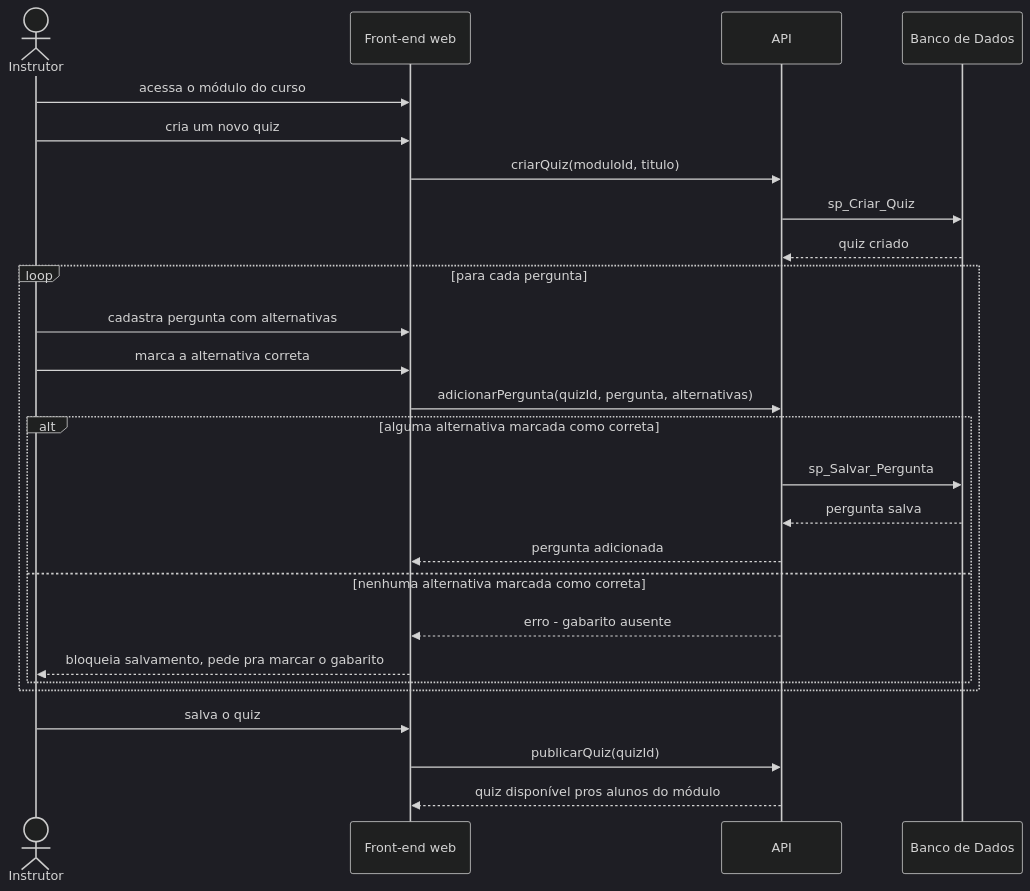
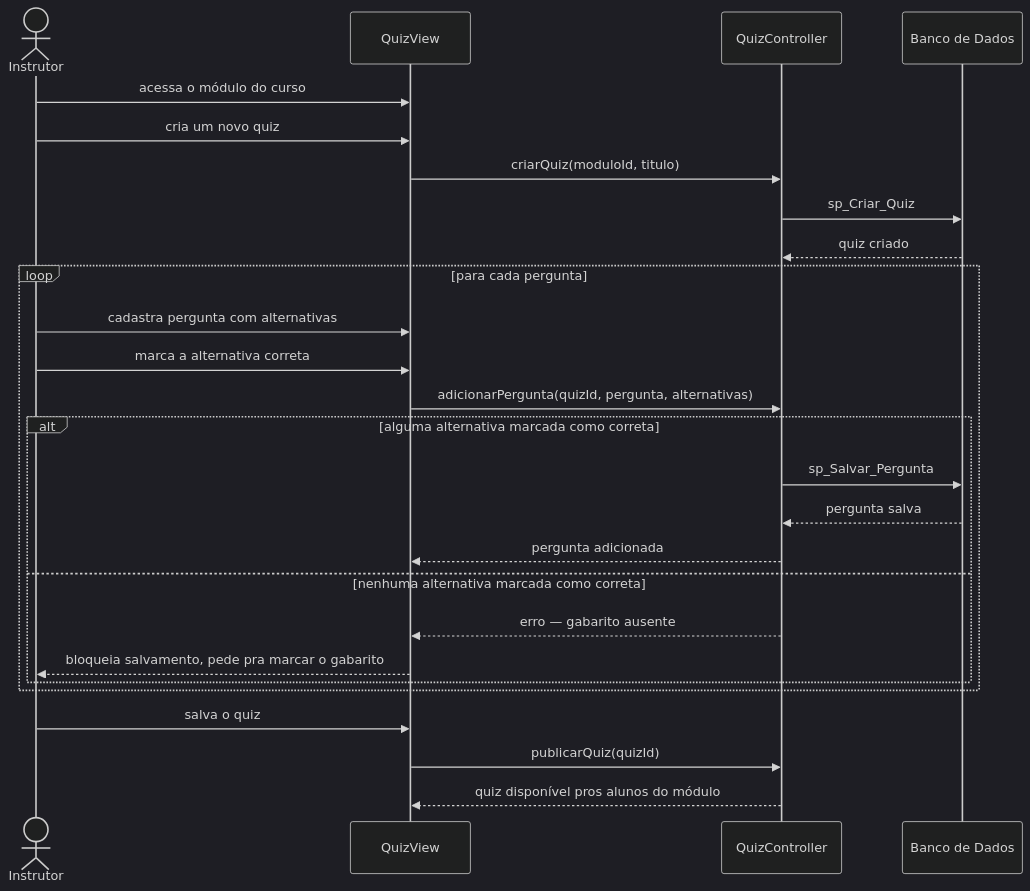
Before and after one commit to Plataforma-de-Cursos-TCC/plataforma-cursos-docs: the diagram in docs/ssd/UC004-cadastrar-quiz-com-gabarito.md, drawn with Mermaid (dark theme). The commit also changed other lines of this file and 12 other files, not shown here.

First line of the commit message:
Reconcile sequence and class diagrams with v11 figures

````diff
--- a/docs/ssd/UC004-cadastrar-quiz-com-gabarito.md
+++ b/docs/ssd/UC004-cadastrar-quiz-com-gabarito.md
@@ -6,29 +5,29 @@
 ```mermaid
 sequenceDiagram
     actor Instrutor
-    participant QuizView as Front-end web
-    participant QuizController as API
-    participant DB as Banco de Dados
+    participant QuizView
+    participant QuizController
+    participant Banco de Dados
 
     Instrutor->>QuizView: acessa o módulo do curso
     Instrutor->>QuizView: cria um novo quiz
     QuizView->>QuizController: criarQuiz(moduloId, titulo)
-    QuizController->>DB: sp_Criar_Quiz
-    DB-->>QuizController: quiz criado
+    QuizController->>Banco de Dados: sp_Criar_Quiz
+    Banco de Dados-->>QuizController: quiz criado
     loop para cada pergunta
         Instrutor->>QuizView: cadastra pergunta com alternativas
         Instrutor->>QuizView: marca a alternativa correta
         QuizView->>QuizController: adicionarPergunta(quizId, pergunta, alternativas)
         alt alguma alternativa marcada como correta
-            QuizController->>DB: sp_Salvar_Pergunta
-            DB-->>QuizController: pergunta salva
+            QuizController->>Banco de Dados: sp_Salvar_Pergunta
+            Banco de Dados-->>QuizController: pergunta salva
             QuizController-->>QuizView: pergunta adicionada
         else nenhuma alternativa marcada como correta
-            QuizController-->>QuizView: erro - gabarito ausente
+            QuizController-->>QuizView: erro — gabarito ausente
             QuizView-->>Instrutor: bloqueia salvamento, pede pra marcar o gabarito
         end
     end
     Instrutor->>QuizView: salva o quiz
     QuizView->>QuizController: publicarQuiz(quizId)
     QuizController-->>QuizView: quiz disponível pros alunos do módulo
 ```
````
